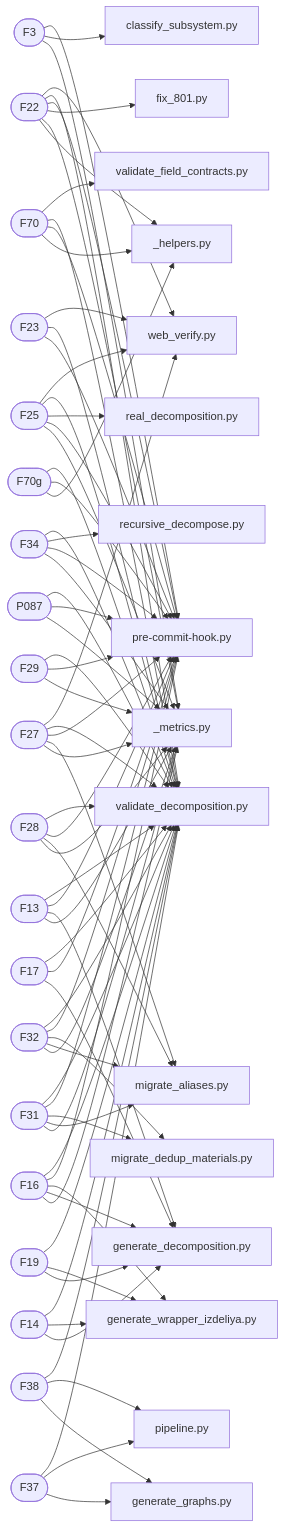
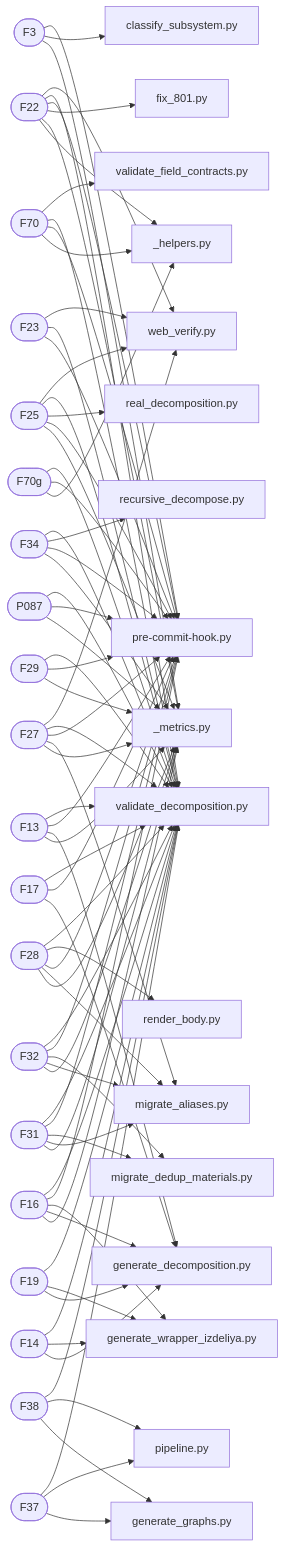
The diagram in graphs/mermaid/graph3_traceability.md (a-m-e-n-t-e-t/SkyNet), drawn with Mermaid before and after one commit. The commit also changed other lines of this file and 409 other files, not shown here.

```diff
--- a/graphs/mermaid/graph3_traceability.md
+++ b/graphs/mermaid/graph3_traceability.md
@@ -48,6 +48,17 @@
     F27 --> script_validate_decomposition_py
     script_web_verify_py[web_verify.py]
     F27 --> script_web_verify_py
+    F28([F28])
+    script__metrics_py[_metrics.py]
+    F28 --> script__metrics_py
+    script_migrate_aliases_py[migrate_aliases.py]
+    F28 --> script_migrate_aliases_py
+    script_pre-commit-hook_py[pre-commit-hook.py]
+    F28 --> script_pre-commit-hook_py
+    script_render_body_py[render_body.py]
+    F28 --> script_render_body_py
+    script_validate_decomposition_py[validate_decomposition.py]
+    F28 --> script_validate_decomposition_py
     F31([F31])
     script__metrics_py[_metrics.py]
     F31 --> script__metrics_py
@@ -88,15 +99,6 @@
     F13 --> script_pre-commit-hook_py
     script_validate_decomposition_py[validate_decomposition.py]
     F13 --> script_validate_decomposition_py
-    F28([F28])
-    script__metrics_py[_metrics.py]
-    F28 --> script__metrics_py
-    script_migrate_aliases_py[migrate_aliases.py]
-    F28 --> script_migrate_aliases_py
-    script_pre-commit-hook_py[pre-commit-hook.py]
-    F28 --> script_pre-commit-hook_py
-    script_validate_decomposition_py[validate_decomposition.py]
-    F28 --> script_validate_decomposition_py
     F34([F34])
     script__metrics_py[_metrics.py]
     F34 --> script__metrics_py
```
